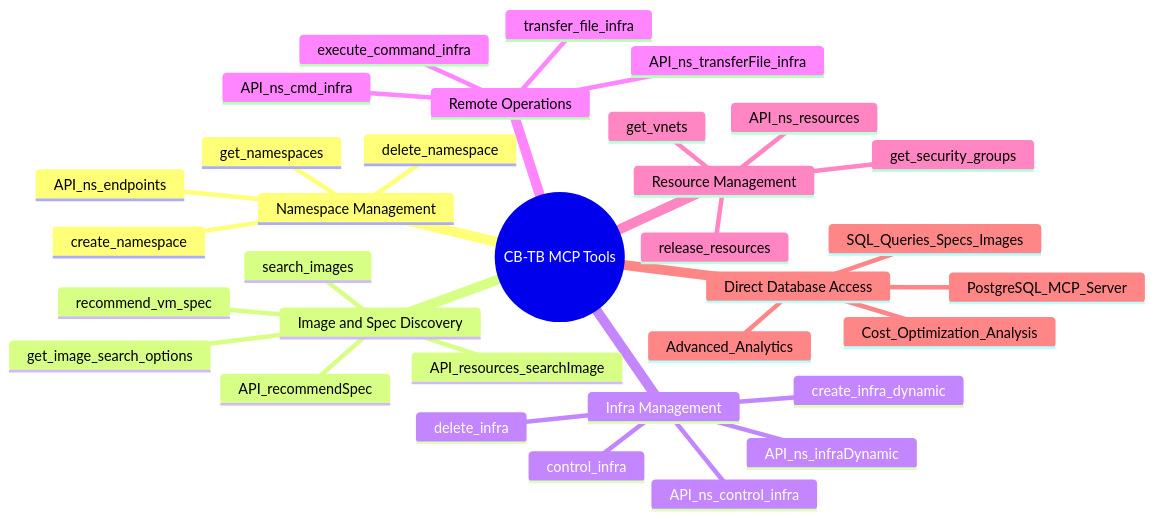
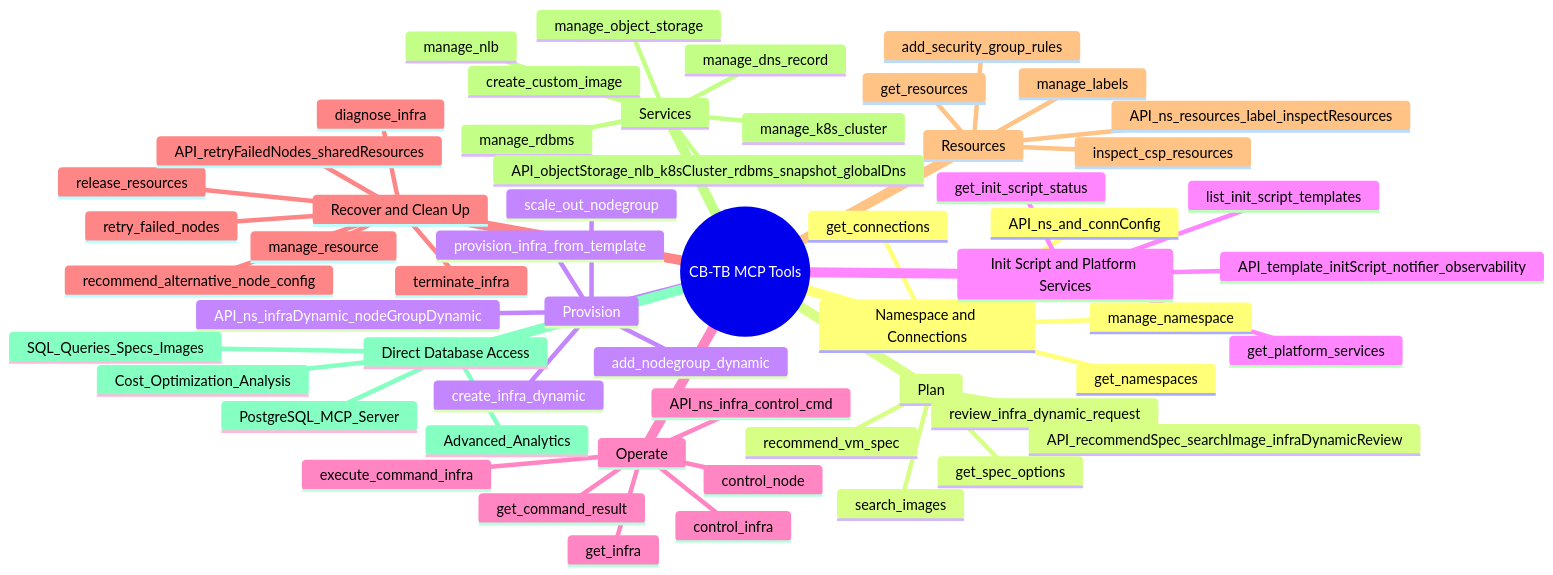
Before and after one commit to cloud-barista/cm-beetle: the sixth of 7 diagrams in deployments/docker-compose/cb-tumblebug/interface/mcp/architecture.md, drawn with Mermaid. The commit also changed 54 other files, not shown here.

````diff
--- a/deployments/docker-compose/cb-tumblebug/interface/mcp/architecture.md
+++ b/deployments/docker-compose/cb-tumblebug/interface/mcp/architecture.md
@@ -238,41 +238,68 @@
 ```mermaid
 mindmap
   root((CB-TB MCP Tools))
-    Namespace Management
+    Namespace and Connections
       get_namespaces
-      create_namespace
-      delete_namespace
-      API_ns_endpoints
-    
-    Image and Spec Discovery
-      get_image_search_options
+      manage_namespace
+      get_connections
+      API_ns_and_connConfig
+
+    Plan
+      recommend_vm_spec
       search_images
-      recommend_vm_spec
-      API_resources_searchImage
-      API_recommendSpec
-    
-    Infra Management
+      review_infra_dynamic_request
+      get_spec_options
+      API_recommendSpec_searchImage_infraDynamicReview
+
+    Provision
       create_infra_dynamic
+      add_nodegroup_dynamic
+      scale_out_nodegroup
+      provision_infra_from_template
+      API_ns_infraDynamic_nodeGroupDynamic
+
+    Init Script and Platform Services
+      list_init_script_templates
+      get_init_script_status
+      get_platform_services
+      API_template_initScript_notifier_observability
+
+    Operate
+      get_infra
       control_infra
-      delete_infra
-      API_ns_infraDynamic
-      API_ns_control_infra
-    
-    Remote Operations
+      control_node
       execute_command_infra
-      transfer_file_infra
-      API_ns_cmd_infra
-      API_ns_transferFile_infra
-    
-    Resource Management
-      get_vnets
-      get_security_groups
+      get_command_result
+      API_ns_infra_control_cmd
+
+    Recover and Clean Up
+      diagnose_infra
+      retry_failed_nodes
+      recommend_alternative_node_config
+      terminate_infra
       release_resources
-      API_ns_resources
-    
+      manage_resource
+      API_retryFailedNodes_sharedResources
+
+    Resources
+      get_resources
+      manage_labels
+      add_security_group_rules
+      inspect_csp_resources
+      API_ns_resources_label_inspectResources
+
+    Services
+      manage_object_storage
+      manage_nlb
+      manage_k8s_cluster
+      manage_rdbms
+      create_custom_image
+      manage_dns_record
+      API_objectStorage_nlb_k8sCluster_rdbms_snapshot_globalDns
+
     Direct Database Access
       PostgreSQL_MCP_Server
       SQL_Queries_Specs_Images
       Advanced_Analytics
       Cost_Optimization_Analysis
 ```
````
